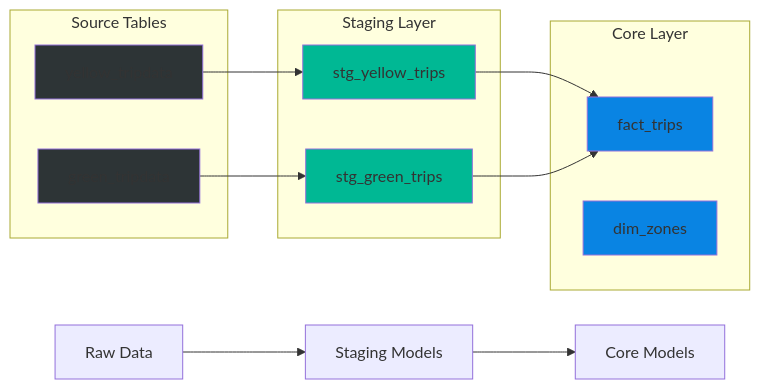
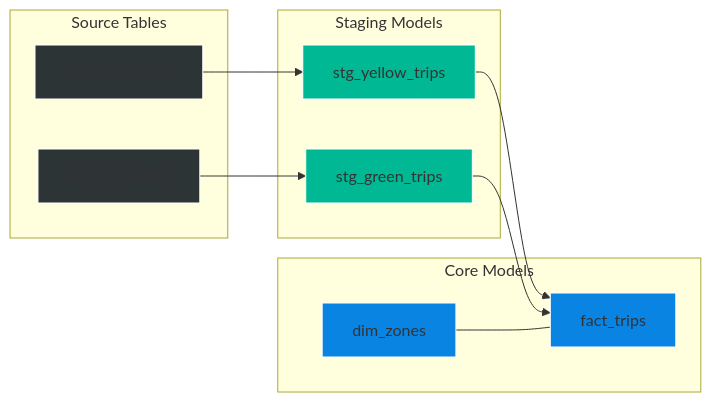
The fourth of 4 diagrams in 02-workflow-orchestration/kestra-pipeline-proj-local/guide.md (abhayra12/de-zc-2025), drawn with Mermaid before and after one commit. The commit also changed other lines of this file, not shown here.

Commit message:
dbt flow diagram updated in guide.md

````diff
--- a/02-workflow-orchestration/kestra-pipeline-proj-local/guide.md
+++ b/02-workflow-orchestration/kestra-pipeline-proj-local/guide.md
@@ -458,32 +454,29 @@
 ```mermaid
 graph LR
-    A[Raw Data] --> B[Staging Models]
-    B --> C[Core Models]
+    subgraph Source["Source Tables"]
+        Y[yellow_tripdata]
+        G[green_tripdata]
+    end
+
+    subgraph Staging["Staging Models"]
+        SY[stg_yellow_trips]
+        SG[stg_green_trips]
+    end
+
+    subgraph Core["Core Models"]
+        F[fact_trips]
+        Z[dim_zones]
+    end
+
+    Y --> SY --> F
+    G --> SG --> F
+    Z --- F
+
+    classDef source fill:#2d3436,stroke:#fff;
+    classDef staging fill:#00b894,stroke:#fff;
+    classDef core fill:#0984e3,stroke:#fff;
     
-    subgraph "Source Tables"
-        A1[yellow_tripdata]
-        A2[green_tripdata]
-    end
-    
-    subgraph "Staging Layer"
-        B1[stg_yellow_trips]
-        B2[stg_green_trips]
-    end
-    
-    subgraph "Core Layer"
-        C1[fact_trips]
-        C2[dim_zones]
-    end
-    
-    A1 --> B1
-    A2 --> B2
-    B1 --> C1
-    B2 --> C1
-    
-    style A1 fill:#2d3436
-    style A2 fill:#2d3436
-    style B1 fill:#00b894
-    style B2 fill:#00b894
-    style C1 fill:#0984e3
-    style C2 fill:#0984e3
+    class Y,G source;
+    class SY,SG staging;
+    class F,Z core;
 ```
````
